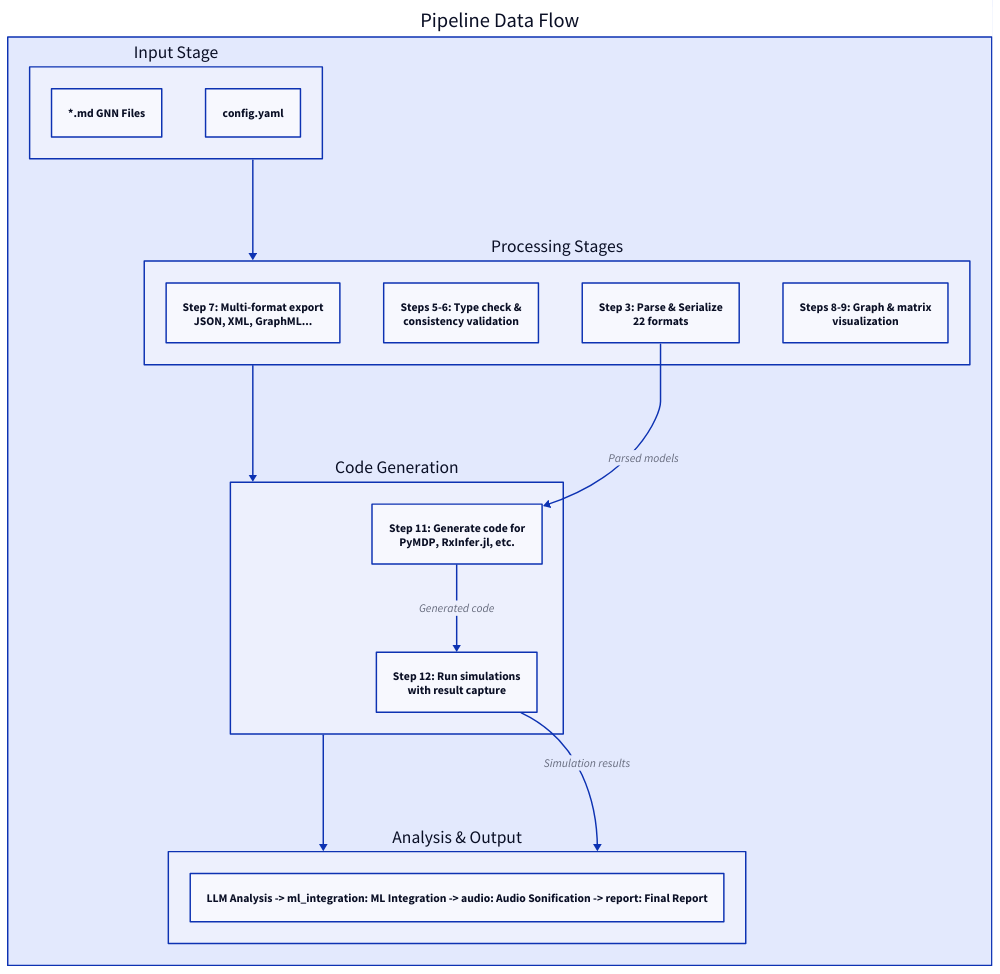
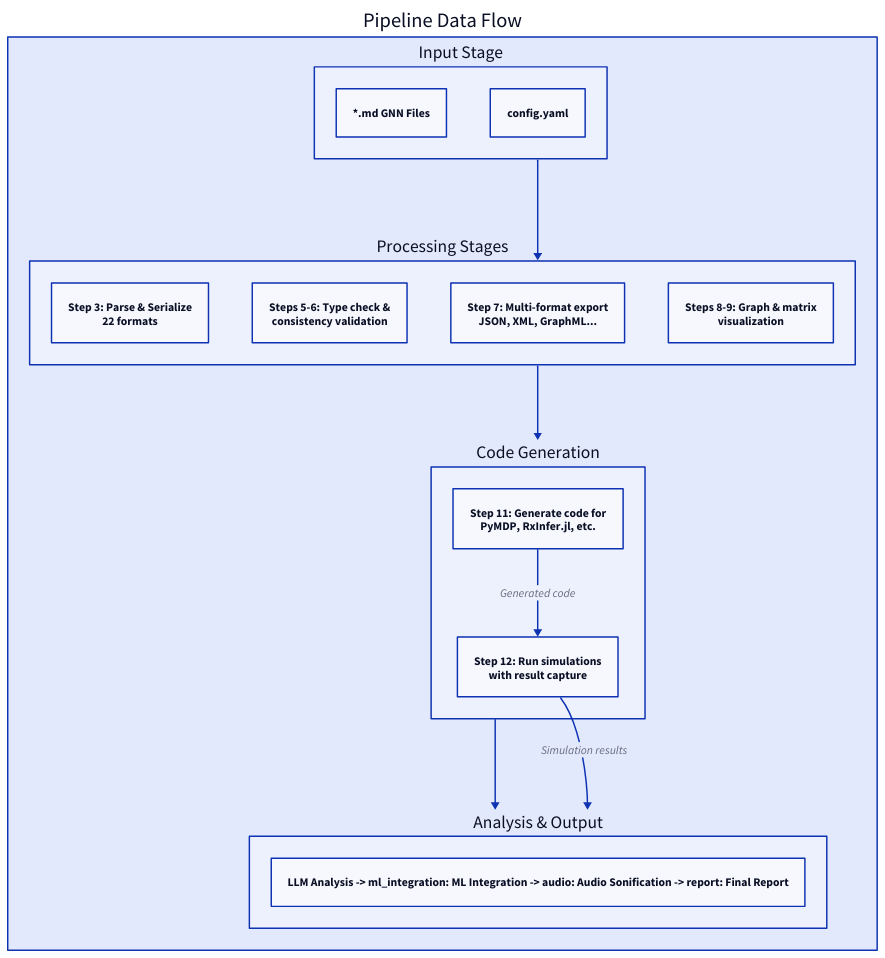
The fifth of 16 diagrams in docs/d2/gnn_d2.md (ActiveInferenceInstitute/GeneralizedNotationNotation), drawn with D2 before and after one commit. The commit also changed 29 other files, not shown here.

First line of the commit message:
docs: correct pipeline data-dependency graphs to runtime artifact flow

````diff
--- a/docs/d2/gnn_d2.md
+++ b/docs/d2/gnn_d2.md
@@ -228,53 +228,53 @@
 ```d2
 Pipeline Data Flow: {
   direction: down
 
   input: Input Stage {
     gnn_files: "*.md GNN Files"
     config: "config.yaml"
   }
 
   processing: Processing Stages {
     direction: right
 
     parse: GNN Parsing {
       label: "Step 3: Parse & Serialize\n22 formats"
     }
 
     validate: Validation {
       label: "Steps 5-6: Type check &\nconsistency validation"
     }
 
     export: Export {
       label: "Step 7: Multi-format export\nJSON, XML, GraphML..."
     }
 
     visualize: Visualization {
       label: "Steps 8-9: Graph & matrix\nvisualization"
     }
   }
 
   generation: Code Generation {
     direction: right
 
     render: Framework Rendering {
       label: "Step 11: Generate code for\nPyMDP, RxInfer.jl, etc."
     }
 
     execute: Simulation Execution {
       label: "Step 12: Run simulations\nwith result capture"
     }
   }
 
   analysis: Analysis & Output {
     direction: right
     llm: LLM Analysis -> ml_integration: ML Integration -> audio: Audio Sonification -> report: Final Report
   }
 
   input -> processing -> generation -> analysis
 
-  processing.parse -> generation.render: "Parsed models"
+  # Step 11 re-parses input specs; step 3 parsed artifacts feed steps 6/7/8/9 (d2 comments start with #)
   generation.render -> generation.execute: "Generated code"
   generation.execute -> analysis: "Simulation results"
 }
 ```
````
